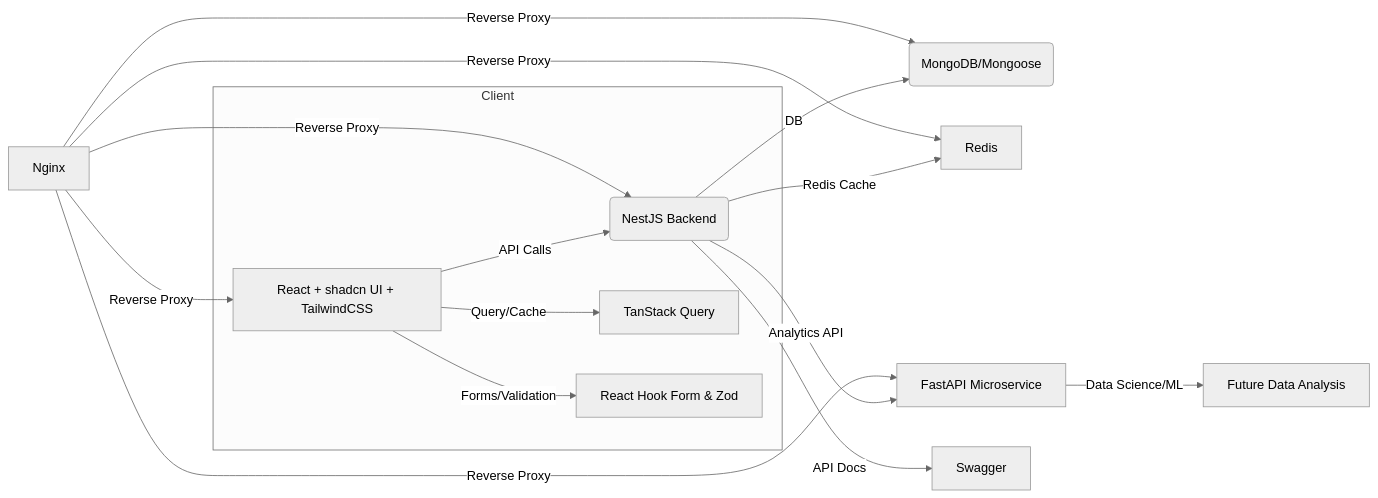
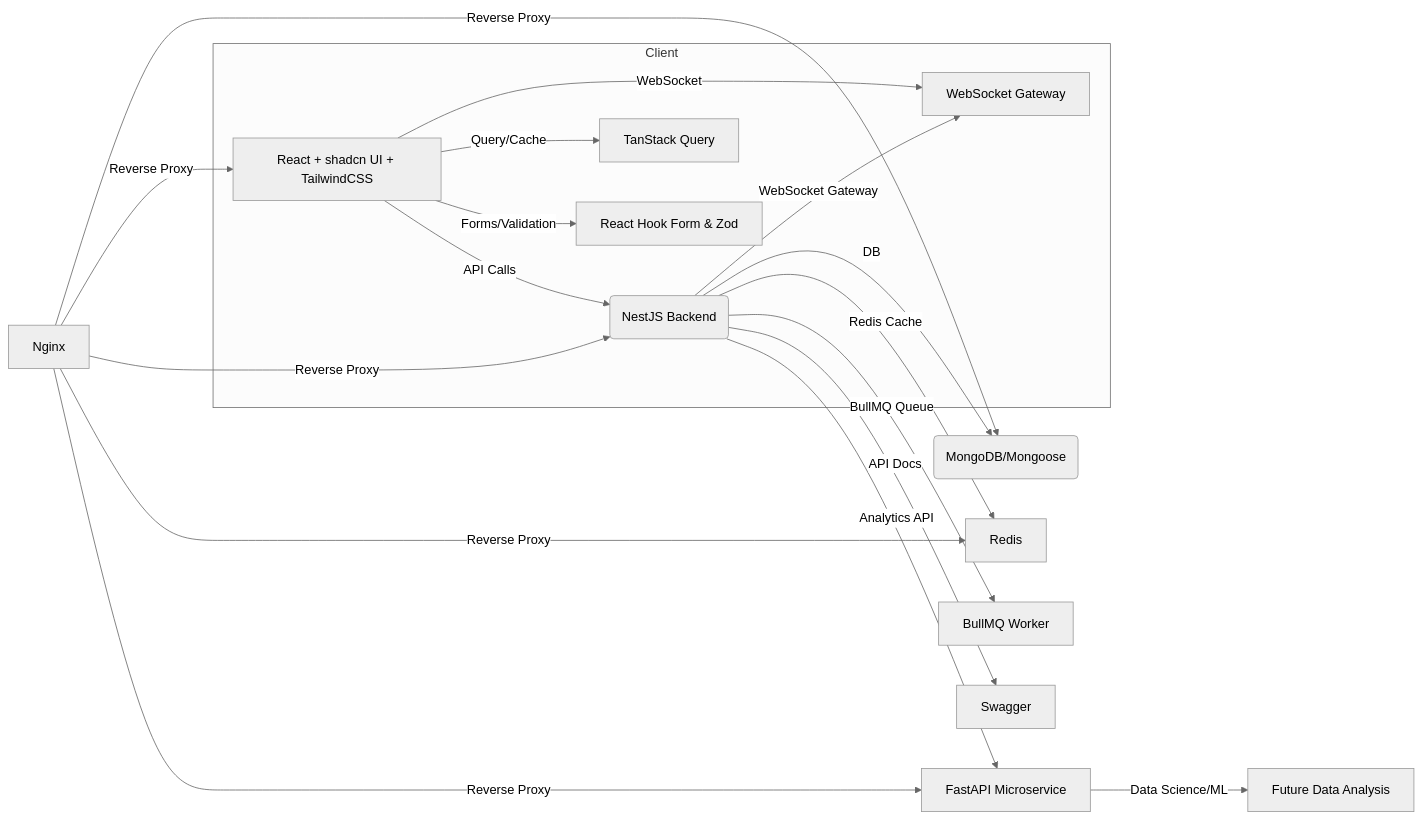
The diagram in README.md (MortadhaHouch/nestJS_starter), drawn with Mermaid (neutral theme) before and after one commit. The commit also changed other lines of this file, not shown here.

````diff
--- a/README.md
+++ b/README.md
@@ -207,18 +342,21 @@
 ```mermaid
 flowchart LR
   subgraph Client
     A[React + shadcn UI + TailwindCSS] -- API Calls --> B(NestJS Backend)
     A -- Query/Cache --> Q[TanStack Query]
     A -- Forms/Validation --> F[React Hook Form & Zod]
+    A -- WebSocket --> WS[WebSocket Gateway]
   end
   B -- DB --> M(MongoDB/Mongoose)
   B -- Redis Cache --> R[Redis]
   B -- Analytics API --> C[FastAPI Microservice]
+  B -- BullMQ Queue --> Q2[BullMQ Worker]
+  B -- WebSocket Gateway --> WS
   C -- Data Science/ML --> D[Future Data Analysis]
   B -- API Docs --> S[Swagger]
   N[Nginx] -- Reverse Proxy --> A
   N -- Reverse Proxy --> B
   N -- Reverse Proxy --> C
   N -- Reverse Proxy --> M
   N -- Reverse Proxy --> R
 ```
````
